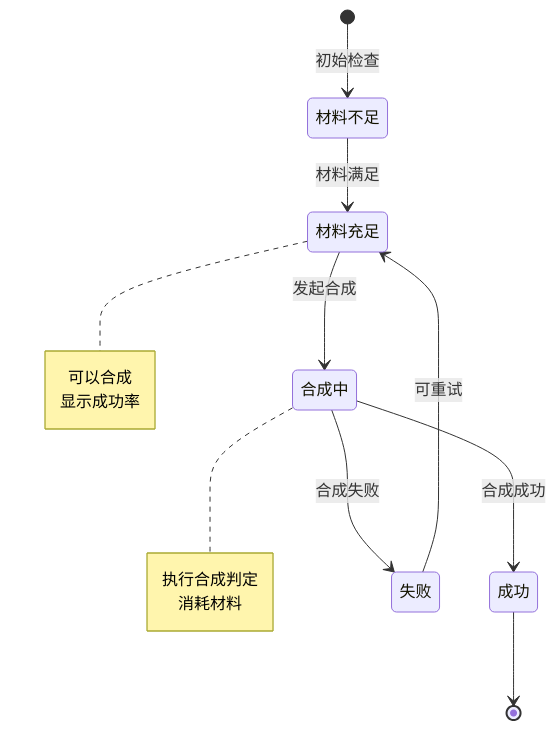
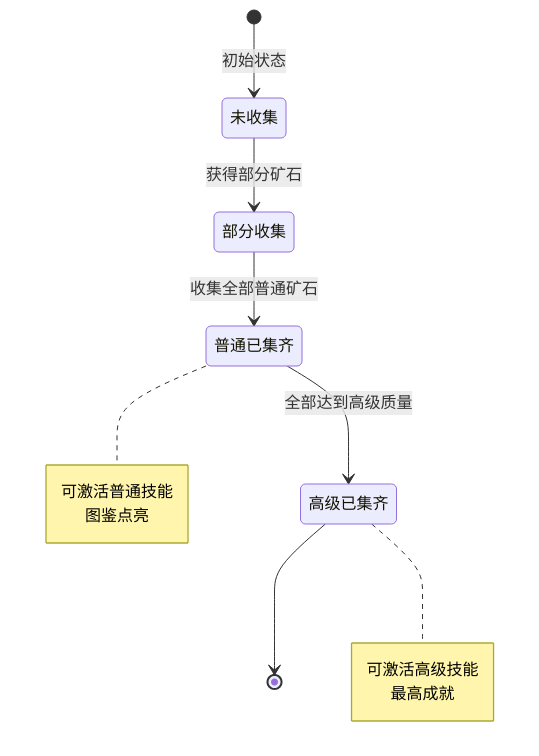
The fifth of 7 diagrams in docs/Module_TreasureHunt/06_实现细节.md (Alan-Ben/k2c_game_framework), drawn with Mermaid before and after one commit. The commit also changed other lines of this file and 5 other files, not shown here.

````diff
--- a/docs/Module_TreasureHunt/06_实现细节.md
+++ b/docs/Module_TreasureHunt/06_实现细节.md
@@ -141,20 +174,18 @@
 ```mermaid
 stateDiagram-v2
-    [*] --> 材料不足: 初始检查
-    材料不足 --> 材料充足: 材料满足
-    材料充足 --> 合成中: 发起合成
-    合成中 --> 成功: 合成成功
-    合成中 --> 失败: 合成失败
-    成功 --> [*]
-    失败 --> 材料充足: 可重试
+    [*] --> 未收集: 初始状态
+    未收集 --> 部分收集: 获得部分矿石
+    部分收集 --> 普通已集齐: 收集全部普通矿石
+    普通已集齐 --> 高级已集齐: 全部达到高级质量
+    高级已集齐 --> [*]
 
-    note right of 材料充足
-        可以合成
-        显示成功率
+    note right of 普通已集齐
+        可激活普通技能
+        图鉴点亮
     end note
 
-    note right of 合成中
-        执行合成判定
-        消耗材料
+    note right of 高级已集齐
+        可激活高级技能
+        最高成就
     end note
 ```
````
